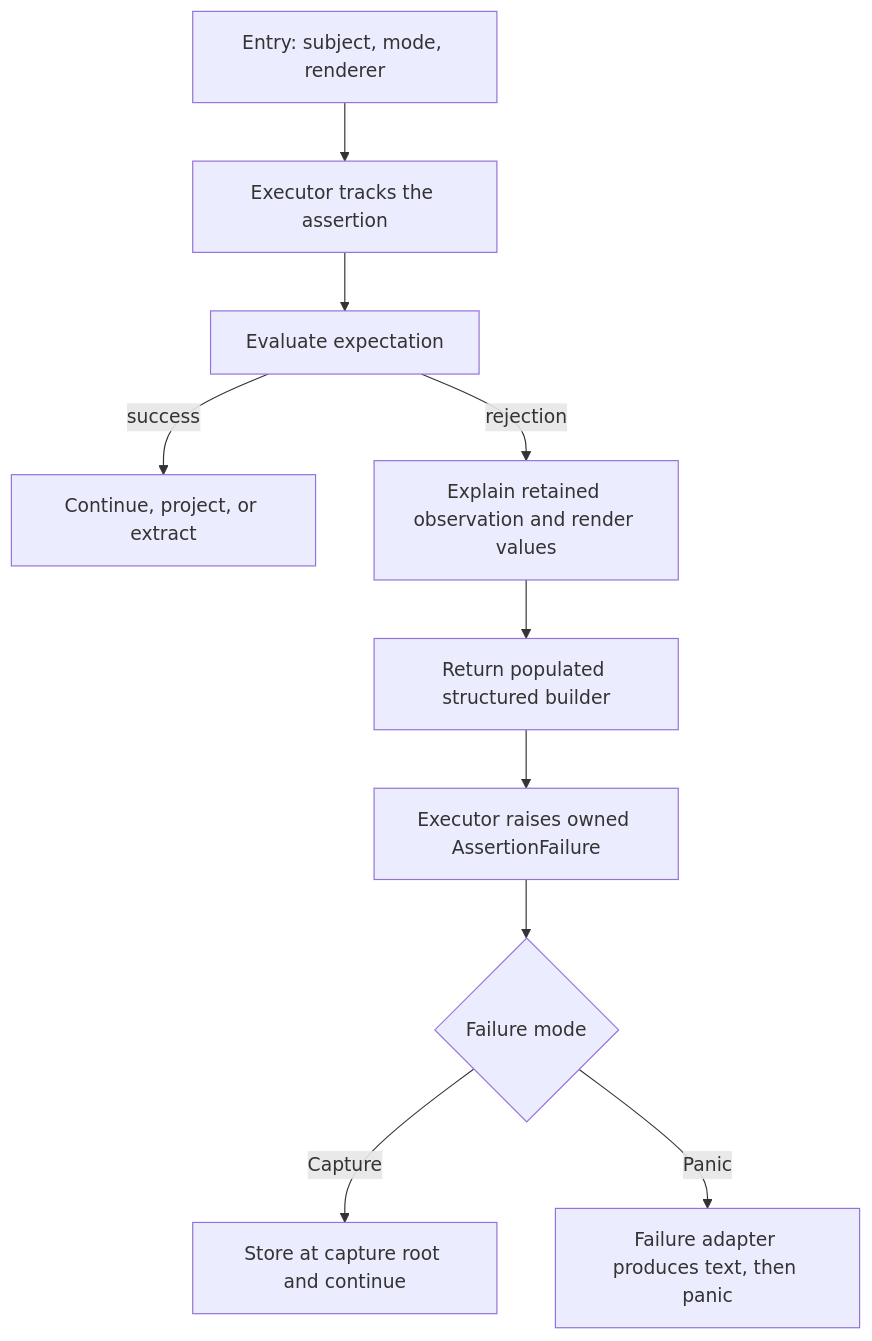
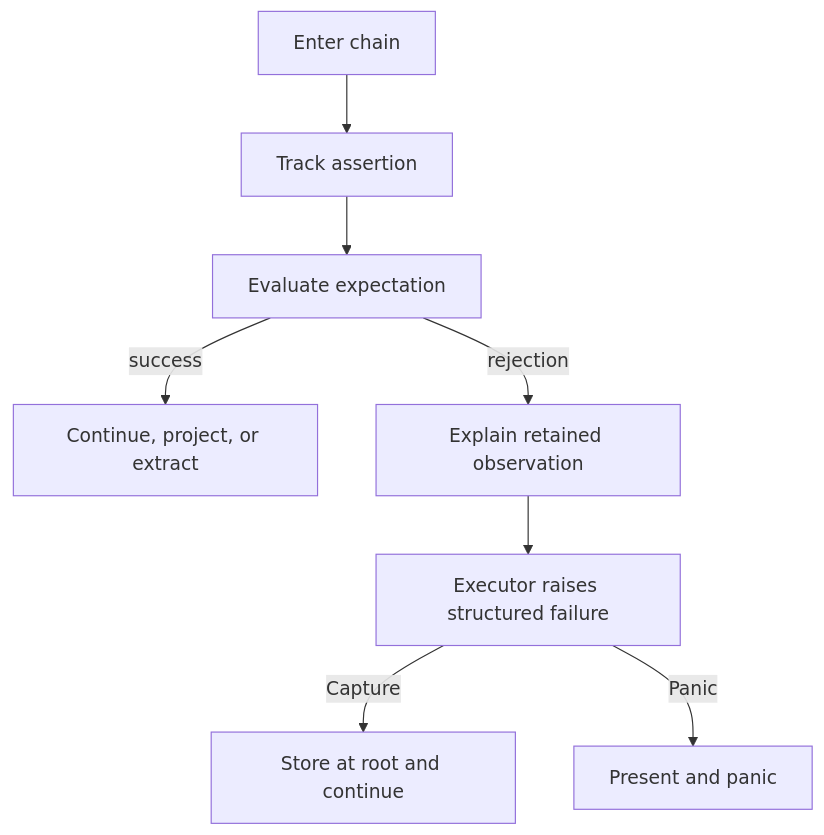
Before and after one commit to lpotthast/assertr: the diagram in knowledge/README.md, drawn with Mermaid. The commit also changed other lines of this file and 167 other files, not shown here.

````diff
--- a/knowledge/README.md
+++ b/knowledge/README.md
@@ -31,12 +22,10 @@
 ```mermaid
 flowchart TD
-    entry["Entry: subject, mode, renderer"] --> track["Executor tracks the assertion"]
+    entry["Enter chain"] --> track["Track assertion"]
     track --> evaluate["Evaluate expectation"]
-    evaluate -->|success| continuation["Continue, project, or extract"]
-    evaluate -->|rejection| explain["Explain retained observation and render values"]
-    explain --> builder["Return populated structured builder"]
-    builder --> failure["Executor raises owned AssertionFailure"]
-    failure --> mode{"Failure mode"}
-    mode -->|Capture| records["Store at capture root and continue"]
-    mode -->|Panic| presentation["Failure adapter produces text, then panic"]
+    evaluate -->|success| continue["Continue, project, or extract"]
+    evaluate -->|rejection| explain["Explain retained observation"]
+    explain --> failure["Executor raises structured failure"]
+    failure -->|Capture| store["Store at root and continue"]
+    failure -->|Panic| panic["Present and panic"]
 ```
````
